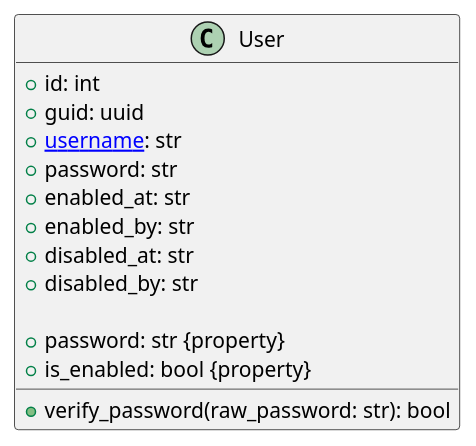
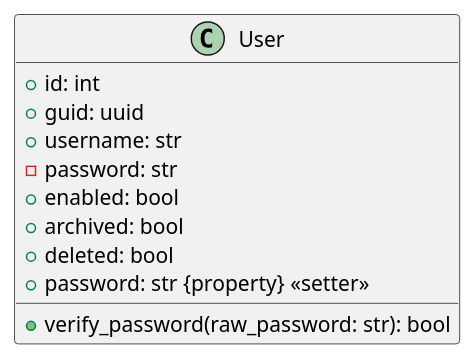
Before and after one commit to nathanmcguire/Nexus: the diagram in docs/models/users.puml, drawn with PlantUML. The commit also changed 11 other files, not shown here.

```diff
--- a/docs/models/users.puml
+++ b/docs/models/users.puml
@@ -1,16 +1,13 @@
 @startuml users
 class User {
     +id: int
     +guid: uuid
-    +[[http://google.com username]]: str
-    +password: str
-    +enabled_at: str
-    +enabled_by: str
-    +disabled_at: str
-    +disabled_by: str
-
-    +password: str {property}
-    +is_enabled: bool {property}
+    +username: str
+    -password: str
+    +enabled: bool
+    +archived: bool
+    +deleted: bool
+    +password: str {property} <<setter>>
     +verify_password(raw_password: str): bool
 }
 @enduml 
```
